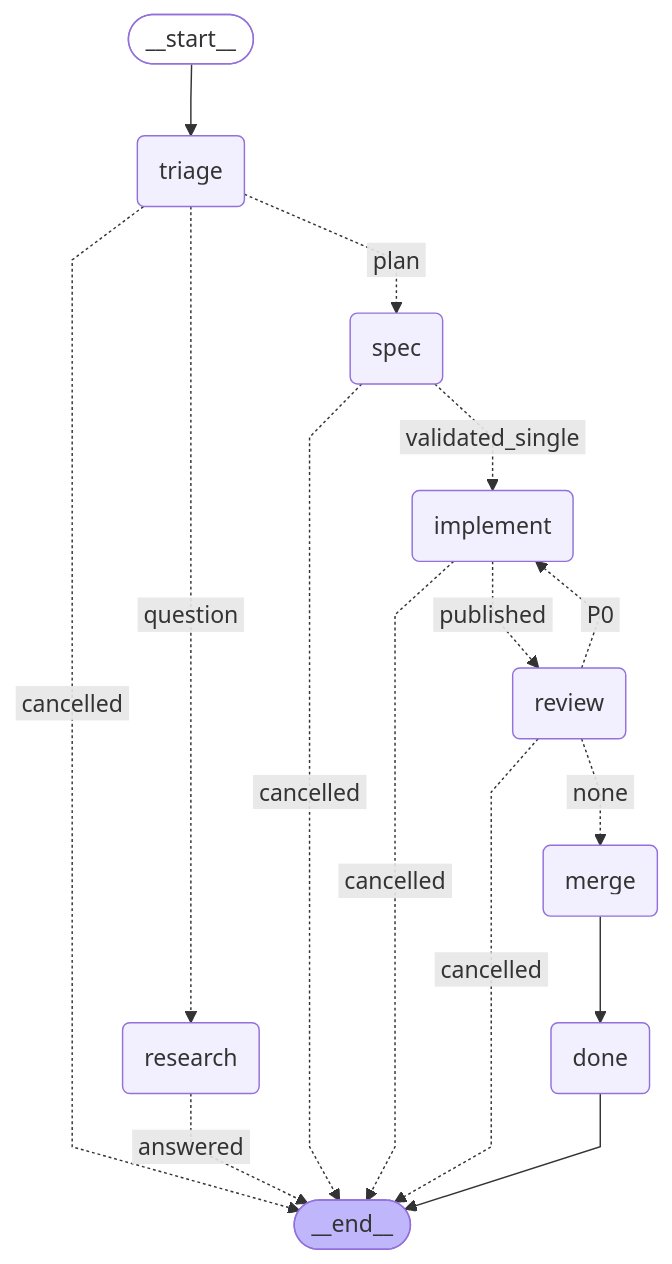
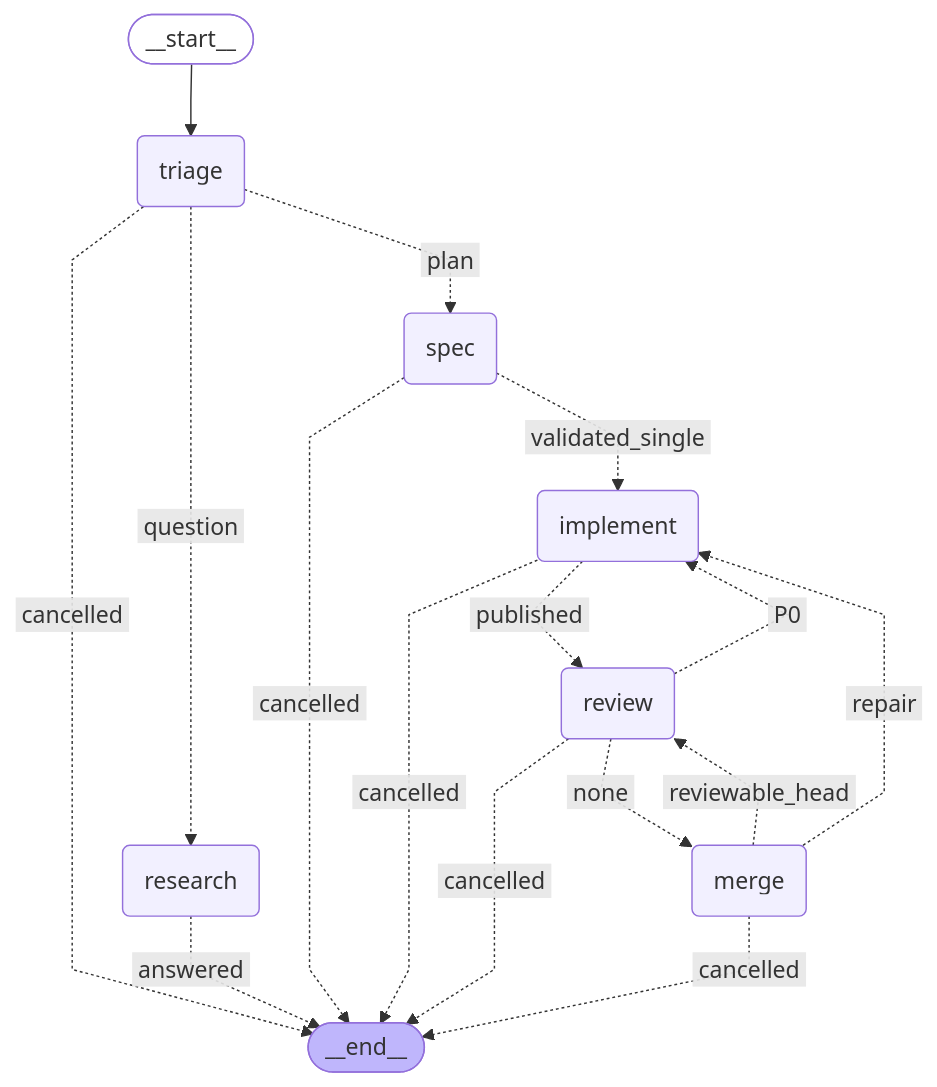
One commit to bookout-labs/tools changed the diagram in docs/graph/delivery.mmd. Above: the diagram before and after it, drawn with Mermaid. The commit also changed 41 other files, not shown here.

Commit message:
Merge arms the reviewed head, waits for GitHub's merge and releases dependents (#237 part 2)

```diff
--- a/docs/graph/delivery.mmd
+++ b/docs/graph/delivery.mmd
@@ -1,32 +1,32 @@
 ---
 config:
   flowchart:
     curve: linear
 ---
 graph TD;
 	__start__([<p>__start__</p>]):::first
 	triage(triage)
 	research(research)
 	spec(spec)
 	implement(implement)
 	review(review)
 	merge(merge)
-	done(done)
 	__end__([<p>__end__</p>]):::last
 	__start__ --> triage;
 	implement -. &nbsp;cancelled&nbsp; .-> __end__;
 	implement -. &nbsp;published&nbsp; .-> review;
-	merge --> done;
+	merge -. &nbsp;cancelled&nbsp; .-> __end__;
+	merge -. &nbsp;repair&nbsp; .-> implement;
+	merge -. &nbsp;reviewable_head&nbsp; .-> review;
 	research -. &nbsp;answered&nbsp; .-> __end__;
 	review -. &nbsp;cancelled&nbsp; .-> __end__;
 	review -. &nbsp;P0&nbsp; .-> implement;
 	review -. &nbsp;none&nbsp; .-> merge;
 	spec -. &nbsp;cancelled&nbsp; .-> __end__;
 	spec -. &nbsp;validated_single&nbsp; .-> implement;
 	triage -. &nbsp;cancelled&nbsp; .-> __end__;
 	triage -. &nbsp;question&nbsp; .-> research;
 	triage -. &nbsp;plan&nbsp; .-> spec;
-	done --> __end__;
 	classDef default fill:#f2f0ff,line-height:1.2
 	classDef first fill-opacity:0
 	classDef last fill:#bfb6fc
```
